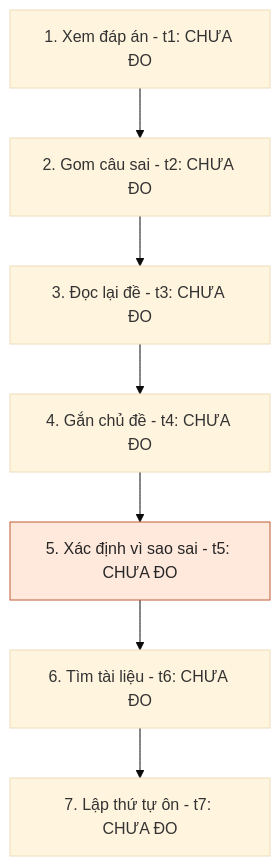
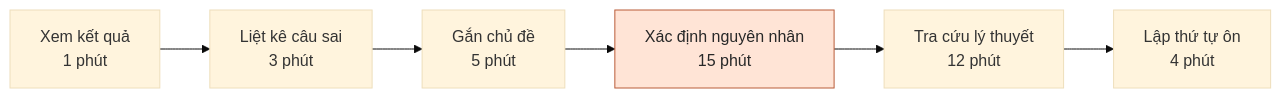
Before and after one commit to duhocsinh4to10/K5-L3B-Day02-NHOMSH-DiscoveryProblemFraming: the second of 3 diagrams in report/individual/2A202603946_NguyenQuangTiep.md, drawn with Mermaid (base theme). The commit also changed other lines of this file, not shown here.

````diff
--- a/report/individual/2A202603946_NguyenQuangTiep.md
+++ b/report/individual/2A202603946_NguyenQuangTiep.md
@@ -121,11 +93,9 @@
 ```mermaid
-flowchart TD
-    A[1. Xem đáp án - t1: CHƯA ĐO] --> B[2. Gom câu sai - t2: CHƯA ĐO]
-    B --> C[3. Đọc lại đề - t3: CHƯA ĐO]
-    C --> D[4. Gắn chủ đề - t4: CHƯA ĐO]
-    D --> E[5. Xác định vì sao sai - t5: CHƯA ĐO]
-    E --> F[6. Tìm tài liệu - t6: CHƯA ĐO]
-    F --> G[7. Lập thứ tự ôn - t7: CHƯA ĐO]
-    classDef risk fill:#ffe8dc,stroke:#c15c38,color:#262626;
-    class E risk;
+flowchart LR
+    A[Xem kết quả<br/>1 phút] --> B[Liệt kê câu sai<br/>3 phút]
+    B --> C[Gắn chủ đề<br/>5 phút]
+    C --> D[Xác định nguyên nhân<br/>15 phút]
+    D --> E[Tra cứu lý thuyết<br/>12 phút]
+    E --> F[Lập thứ tự ôn<br/>4 phút]
+    style D fill:#ffe4d6,stroke:#b95c39,color:#282828
 ```
````
